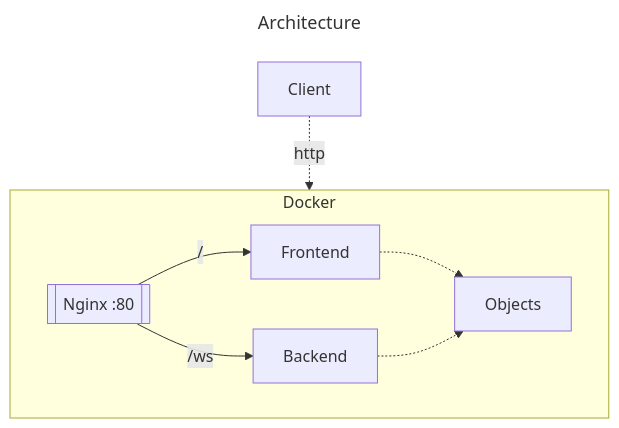
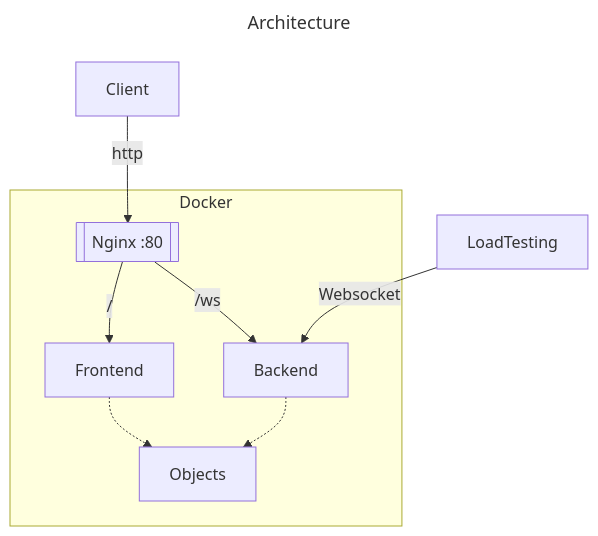
One commit to Fgdou/sr_project changed the first of 2 diagrams in doc/design.md. Above: the diagram before and after it, drawn with Mermaid. The commit also changed other lines of this file and 1 other file, not shown here.

````diff
--- a/doc/design.md
+++ b/doc/design.md
@@ -20,16 +20,17 @@
 ```mermaid
 ---
 title: Architecture
 ---
 flowchart TB
 
 subgraph Docker
 Nginx[[Nginx :80]] -- / --> Frontend
 Nginx -- /ws --> Backend
 
 Frontend -.-> Objects
 Backend -.-> Objects
 end
 
-Client -. http .-> Docker
+Client -- http --> Nginx
+LoadTesting -- Websocket --> Backend
 ```
````
